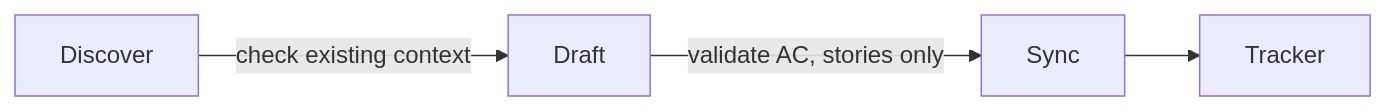
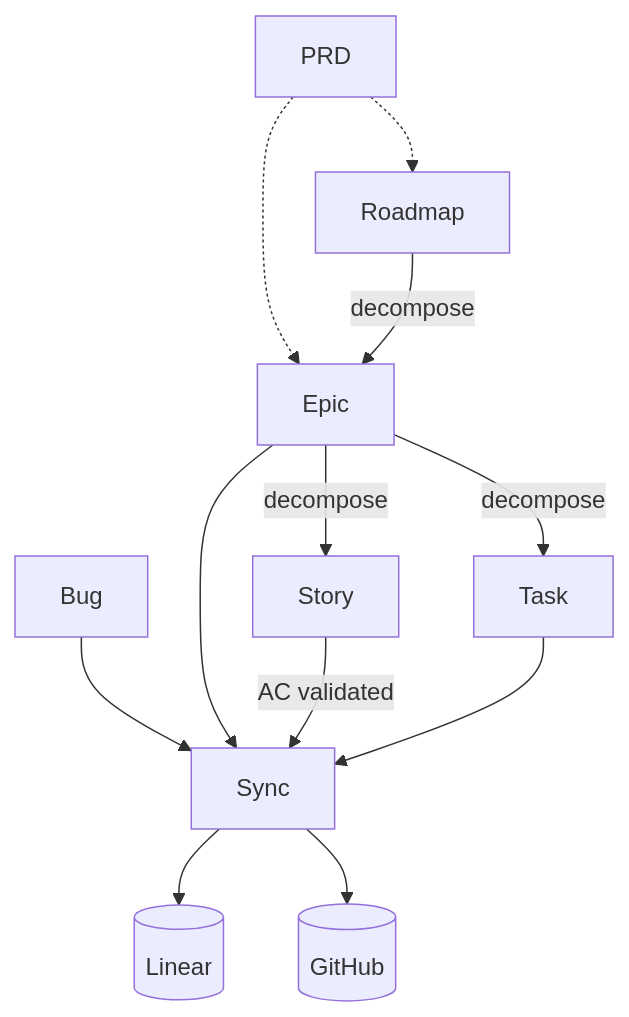
One commit to adeonir/agent-skills changed the diagram in skills/product/epic-tracker/README.md. Above: the diagram before and after it, drawn with Mermaid. The commit also changed other lines of this file, not shown here.

Commit message:
docs(epic-tracker): show the artifact hierarchy in the README diagram

````diff
--- a/skills/product/epic-tracker/README.md
+++ b/skills/product/epic-tracker/README.md
@@ -7,6 +7,14 @@
 ```mermaid
-flowchart LR
-    D[Discover] -->|check existing context| DR[Draft]
-    DR -->|validate AC, stories only| S[Sync]
-    S --> TR[Tracker]
+flowchart TD
+    PRD[PRD] -.-> RM[Roadmap]
+    PRD -.-> EP
+    RM -->|decompose| EP[Epic]
+    EP -->|decompose| ST[Story]
+    EP -->|decompose| TK[Task]
+    BG[Bug] --> SY
+    EP --> SY
+    ST -->|AC validated| SY[Sync]
+    TK --> SY
+    SY --> LN[(Linear)]
+    SY --> GH[(GitHub)]
 ```
````
